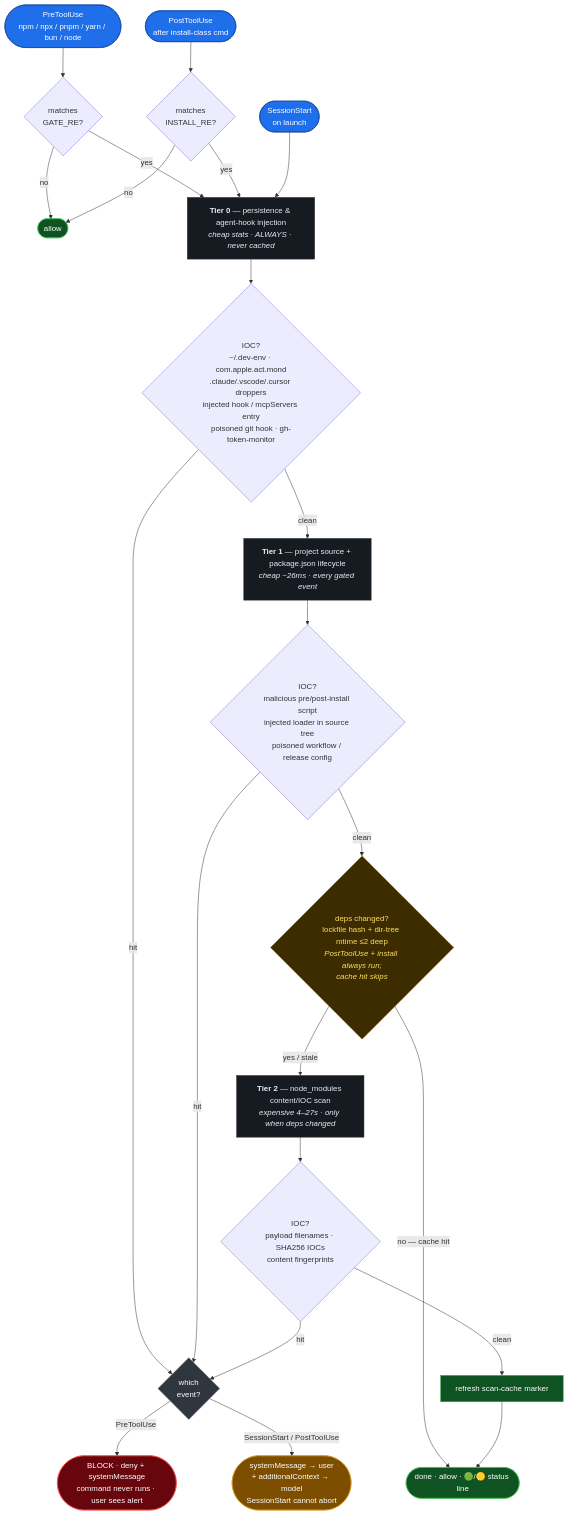
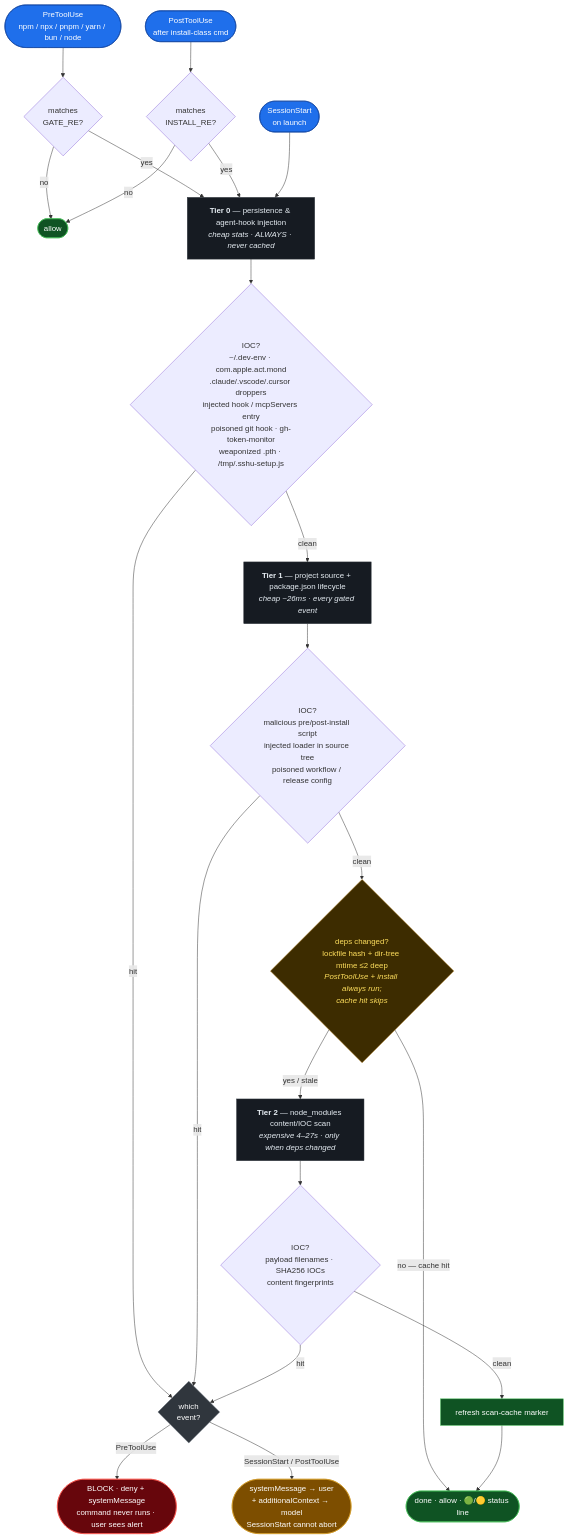
One commit to notambourine/wormhook changed the diagram in README.md. Above: the diagram before and after it, drawn with Mermaid. The commit also changed other lines of this file and 5 other files, not shown here.

First line of the commit message:
feat: Tier-0 detection for Hades/Miasma PyPI .pth startup-hook wave (#12)

````diff
--- a/README.md
+++ b/README.md
@@ -36,50 +36,50 @@
 ```mermaid
 flowchart TD
     A([SessionStart<br/>on launch]):::evt
     B([PreToolUse<br/>npm / npx / pnpm / yarn / bun / node]):::evt
     C([PostToolUse<br/>after install-class cmd]):::evt
 
     B --> Bg{matches<br/>GATE_RE?}
     Bg -- no --> ALLOW
     Bg -- yes --> T0
     C --> Cg{matches<br/>INSTALL_RE?}
     Cg -- no --> ALLOW
     Cg -- yes --> T0
     A --> T0
 
     T0["<b>Tier 0</b> — persistence &amp; agent-hook injection<br/><i>cheap stats · ALWAYS · never cached</i>"]:::tier
-    T0 --> T0c{IOC?<br/>~/.dev-env · com.apple.act.mond<br/>.claude/.vscode/.cursor droppers<br/>injected hook / mcpServers entry<br/>poisoned git hook · gh-token-monitor}
+    T0 --> T0c{IOC?<br/>~/.dev-env · com.apple.act.mond<br/>.claude/.vscode/.cursor droppers<br/>injected hook / mcpServers entry<br/>poisoned git hook · gh-token-monitor<br/>weaponized .pth · /tmp/.sshu-setup.js}
     T0c -- hit --> G
     T0c -- clean --> T1
 
     T1["<b>Tier 1</b> — project source + package.json lifecycle<br/><i>cheap ~26ms · every gated event</i>"]:::tier
     T1 --> T1c{IOC?<br/>malicious pre/post-install script<br/>injected loader in source tree<br/>poisoned workflow / release config}
     T1c -- hit --> G
     T1c -- clean --> CACHE
 
     CACHE{deps changed?<br/>lockfile hash + dir-tree mtime ≤2 deep<br/><i>PostToolUse + install always run;<br/>cache hit skips</i>}:::cache
     CACHE -- "no — cache hit" --> DONE
     CACHE -- "yes / stale" --> T2
 
     T2["<b>Tier 2</b> — node_modules content/IOC scan<br/><i>expensive 4–27s · only when deps changed</i>"]:::tier
     T2 --> T2c{IOC?<br/>payload filenames · SHA256 IOCs<br/>content fingerprints}
     T2c -- hit --> G
     T2c -- clean --> REFRESH
 
     REFRESH[refresh scan-cache marker]:::ok --> DONE
 
     G{which<br/>event?}:::guard
     G -- PreToolUse --> BLOCK([BLOCK · deny + systemMessage<br/>command never runs · user sees alert]):::block
     G -- "SessionStart / PostToolUse" --> SURFACE([systemMessage → user<br/>+ additionalContext → model<br/>SessionStart cannot abort]):::warn
 
     ALLOW([allow]):::ok
     DONE([done · allow · 🟢/🟡 status line]):::ok
 
     classDef evt fill:#1f6feb,stroke:#0d419d,color:#fff
     classDef tier fill:#161b22,stroke:#30363d,color:#e6edf3
     classDef cache fill:#3d2c00,stroke:#9e6a03,color:#ffdf5d
     classDef guard fill:#30363d,stroke:#6e7681,color:#fff
     classDef block fill:#67060c,stroke:#f85149,color:#fff
     classDef warn fill:#7d4e00,stroke:#d29922,color:#fff
     classDef ok fill:#0f5323,stroke:#3fb950,color:#fff
 ```
````
